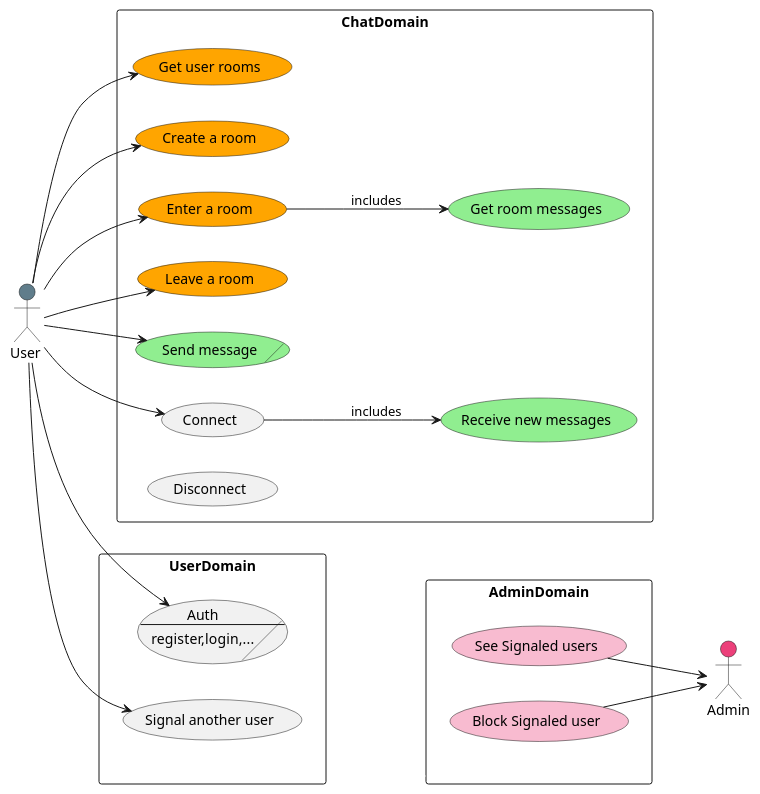
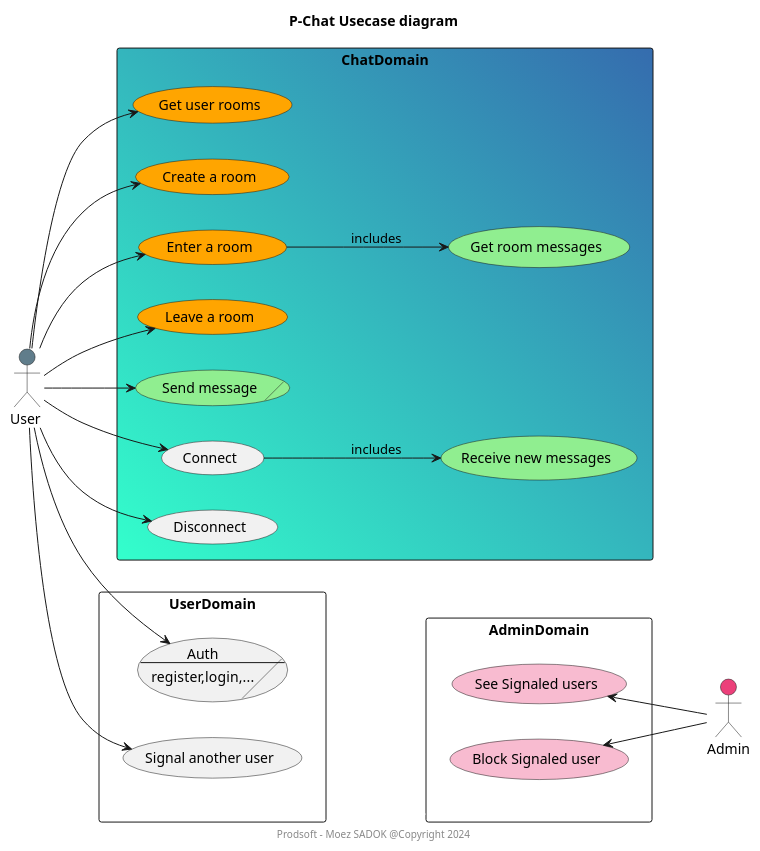
One commit to moez-sadok/chat-clean-architecture changed the diagram in docs/design/app-use-cases.wsd. Above: the diagram before and after it, drawn with PlantUML. The commit also changed 32 other files, not shown here.

Commit message:
[Docs] enhance add diagrams and readme files v1

```diff
--- a/docs/design/app-use-cases.wsd
+++ b/docs/design/app-use-cases.wsd
@@ -1,49 +1,53 @@
 @startuml
 left to right direction
+
+title  P-Chat Usecase diagram
+footer Prodsoft - Moez SADOK @Copyright 2024
 
 actor "Admin" as adm #EC407A
 actor "User " as acs #607D8B
 
 rectangle UserDomain  {
     usecase/ UCC0 as "Auth
     --
     register,login,..."
     usecase "Signal another user" as UCC7
 }
 
-rectangle ChatDomain {
+rectangle ChatDomain #33FFCC\356CAE{
     usecase "Get user rooms" as UCC3 #Orange
     usecase "Create a room" as UCC2 #Orange
     usecase "Enter a room" as UCC4 #Orange
     usecase "Leave a room" as UCC8 #Orange
     usecase "Get room messages" as UCC5 #LightGreen
     usecase "Receive new messages" as UCC9 #LightGreen
     usecase/ UCC6 as "Send message" #LightGreen
     usecase UCC1 as "Connect"
     usecase "Disconnect" as UCC10 
 }
 
 rectangle AdminDomain {
     usecase "See Signaled users" as UCA1 #F8BBD0
     usecase "Block Signaled user" as UCA2 #F8BBD0
 }
 
 acs --> UCC0
 acs --> UCC1
 acs --> UCC2
 acs --> UCC3
 acs --> UCC4
 acs --> UCC6
 acs --> UCC7
 acs --> UCC8
+acs --> UCC10
 
 UCC4 --> UCC5 : includes
 
 UCC1 --> UCC9 : includes
 
-UCA1 --> adm
-UCA2 --> adm
+UCA1 <-- adm
+UCA2 <-- adm
 
 UserDomain  -- AdminDomain #FFFFFF
 
 @enduml
```
